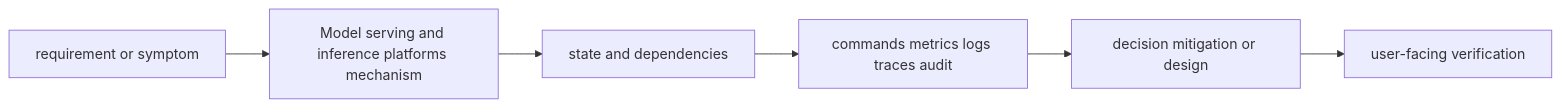
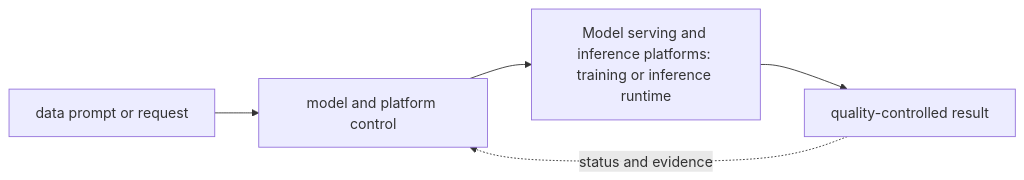
Before and after one commit to tomkidumbuyo/DevOps-interview-preparation: the diagram in 11-ai-platform/04-model-serving-and-inference-platforms/README.md, drawn with Mermaid. The commit also changed other lines of this file and 753 other files, not shown here.

````diff
--- a/11-ai-platform/04-model-serving-and-inference-platforms/README.md
+++ b/11-ai-platform/04-model-serving-and-inference-platforms/README.md
@@ -21,8 +31,7 @@
 ```mermaid
 flowchart LR
-  R[requirement or symptom] --> M[Model serving and inference platforms mechanism]
-  M --> S[state and dependencies]
-  S --> O[commands metrics logs traces audit]
-  O --> D[decision mitigation or design]
-  D --> V[user-facing verification]
+  A["data prompt or request"] --> B["model and platform control"]
+  B --> C["Model serving and inference platforms: training or inference runtime"]
+  C --> D["quality-controlled result"]
+  D -. "status and evidence" .-> B
 ```
````
